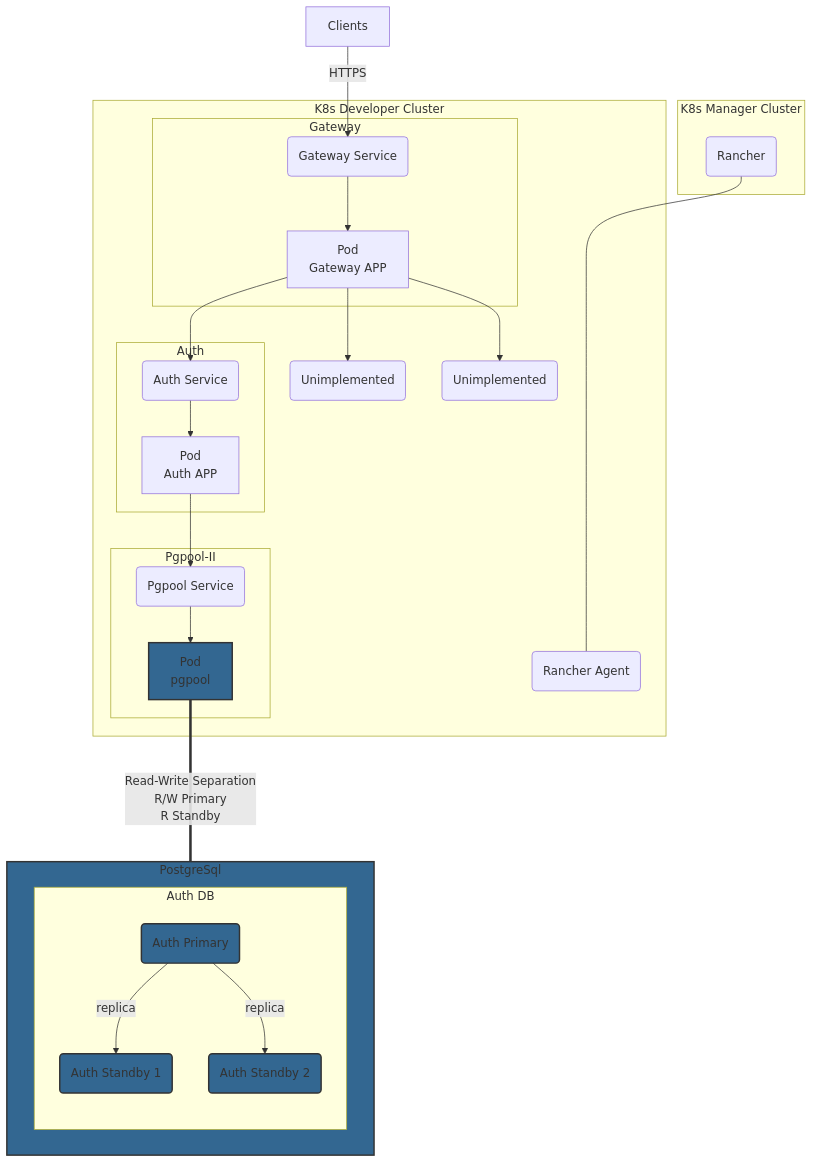
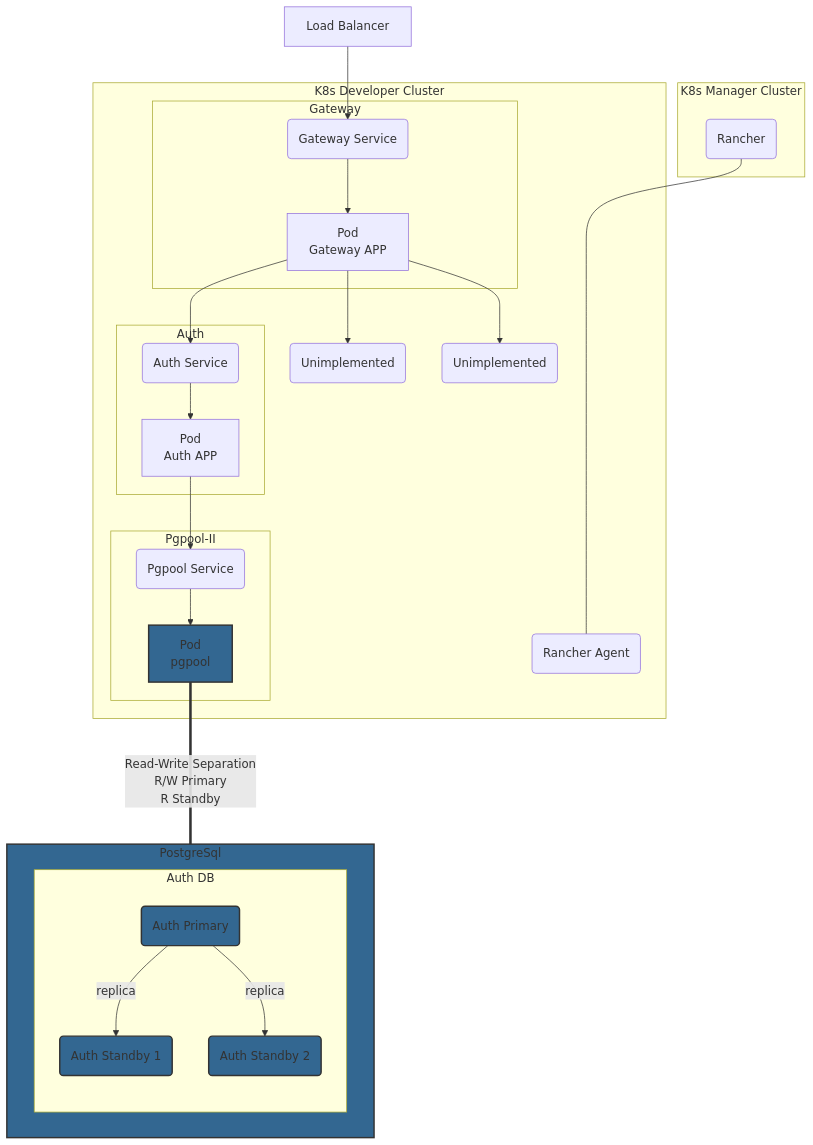
Before and after one commit to reddtsai/reddservice: the diagram in README.md, drawn with Mermaid. The commit also changed 8 other files, not shown here.

````diff
--- a/README.md
+++ b/README.md
@@ -65,51 +65,51 @@
 ```mermaid
 flowchart TB
     classDef db fill:#336791,stroke:#333,stroke-width:2px;
 
-    C[Clients] -- HTTPS --> gatewaySvc
+    LB[Load Balancer] --> gatewaySvc
 
     subgraph devCluster["K8s Developer Cluster"]
         rancherA(Rancher Agent)
 
         gatewayPod --> authSvc(Auth Service)
         subgraph Gateway
             gatewaySvc(Gateway Service) -->
             gatewayPod["Pod
             Gateway APP"]
         end
 
         subgraph Auth
             authSvc -->
             authPod["Pod
             Auth APP"]
         end
         authPod --> pgpoolSvc
 
         subgraph pgpool["Pgpool-II"]
             pgpoolSvc(Pgpool Service) -->
             pgpoolPod["Pod
             pgpool"]:::db
         end
 
         gatewayPod --> orderSvc(Unimplemented)
         gatewayPod --> paySvc(Unimplemented)
     end
 
     subgraph manCluster["K8s Manager Cluster"]
         rancher(Rancher) ------- rancherA
     end
 
     subgraph postgreSql["PostgreSql"]
         subgraph Auth DB
             direction TB
             authP(Auth Primary):::db
             authP --> |replica| authS1(Auth Standby 1):::db
             authP --> |replica| authS2(Auth Standby 2):::db
         end
     end
     pgpoolPod ==== |"
     Read-Write Separation
     R/W Primary
     R Standby
     "| postgreSql:::db
 ```
````
